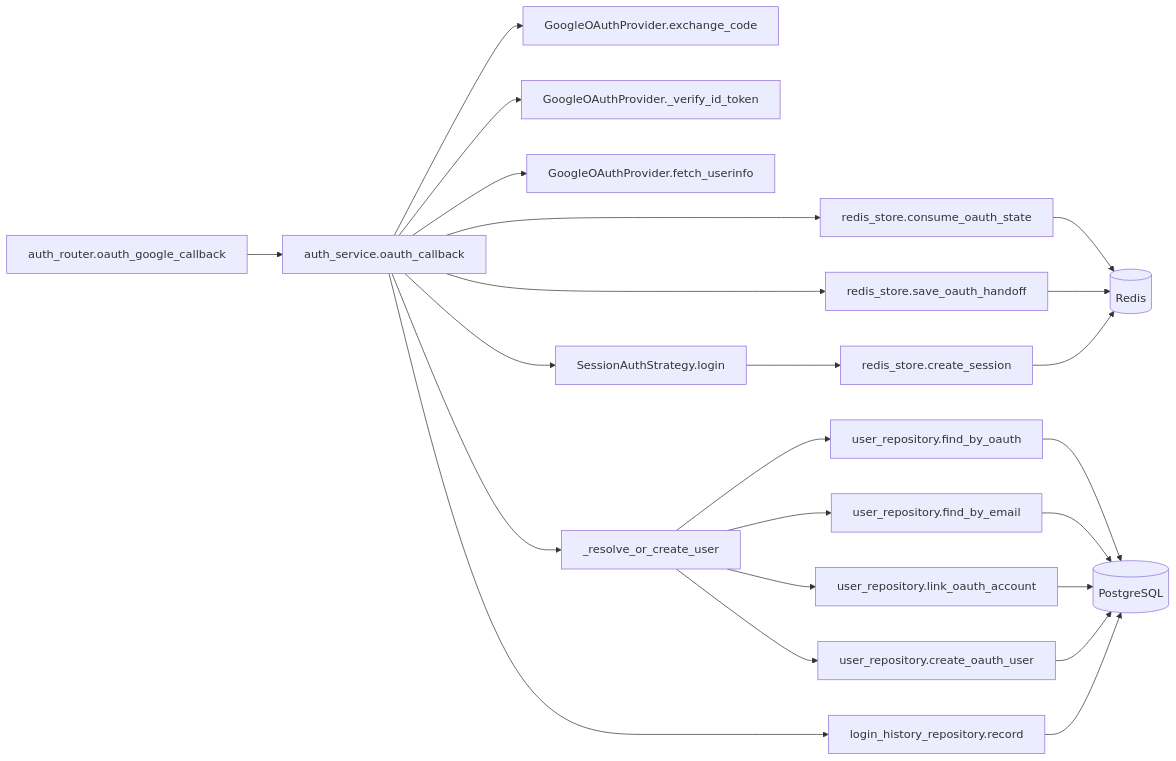
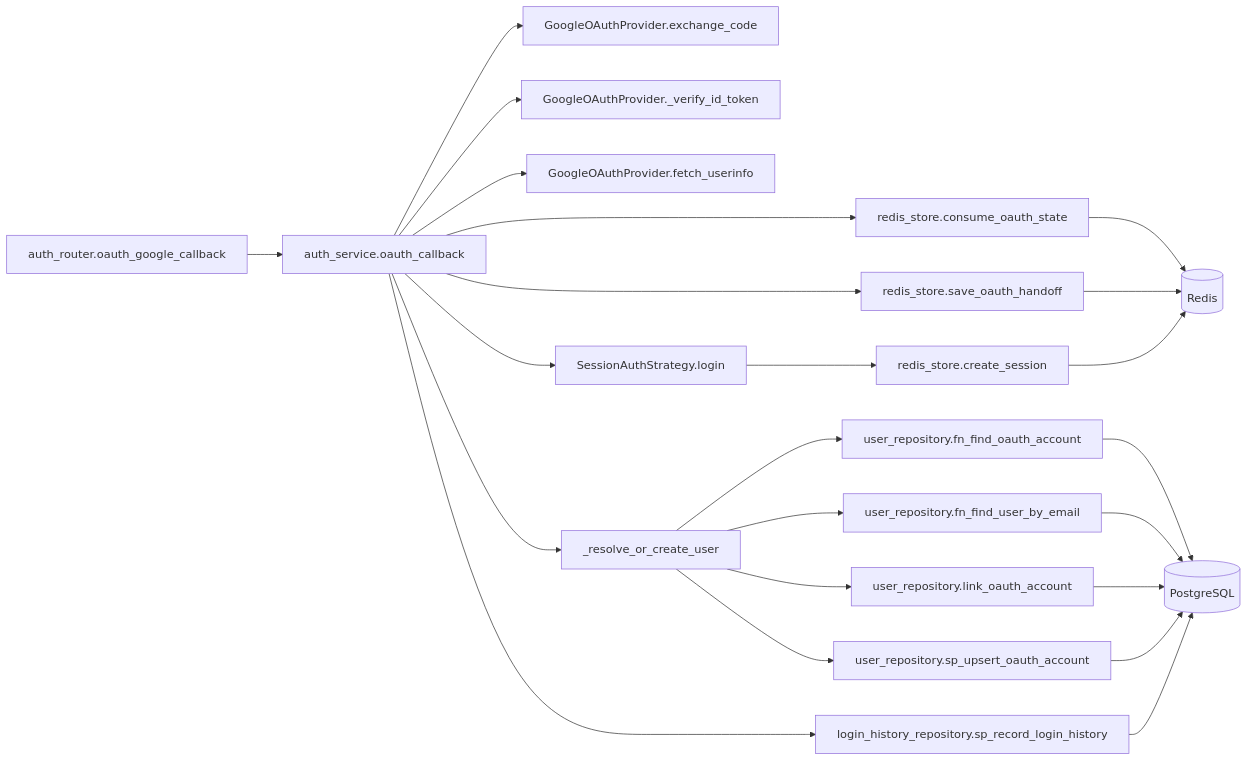
The third of 4 diagrams in detailed_design/api/auth/12_get_auth_oauth_google_callback.md (oikawa-d/task_management), drawn with Mermaid before and after one commit. The commit also changed other lines of this file and 58 other files, not shown here.

````diff
--- a/detailed_design/api/auth/12_get_auth_oauth_google_callback.md
+++ b/detailed_design/api/auth/12_get_auth_oauth_google_callback.md
@@ -282,25 +282,25 @@
 ```mermaid
 flowchart LR
     R["auth_router.oauth_google_callback"] --> S["auth_service.oauth_callback"]
     S --> RS1["redis_store.consume_oauth_state"]
     S --> OA1["GoogleOAuthProvider.exchange_code"]
     S --> OA2["GoogleOAuthProvider._verify_id_token"]
     S --> OA3["GoogleOAuthProvider.fetch_userinfo"]
     S --> RES["_resolve_or_create_user"]
-    RES --> URP1["user_repository.find_by_oauth"]
-    RES --> URP2["user_repository.find_by_email"]
+    RES --> URP1["user_repository.fn_find_oauth_account"]
+    RES --> URP2["user_repository.fn_find_user_by_email"]
     RES --> URP3["user_repository.link_oauth_account"]
-    RES --> URP4["user_repository.create_oauth_user"]
+    RES --> URP4["user_repository.sp_upsert_oauth_account"]
     S --> SESS["SessionAuthStrategy.login"]
     S --> RS2["redis_store.save_oauth_handoff"]
-    S --> LRP["login_history_repository.record"]
+    S --> LRP["login_history_repository.sp_record_login_history"]
     RS1 --> RD[("Redis")]
     RS2 --> RD
     URP1 --> PG[("PostgreSQL")]
     URP2 --> PG
     URP3 --> PG
     URP4 --> PG
     LRP --> PG
     SESS --> RS3["redis_store.create_session"]
     RS3 --> RD
 ```
````
